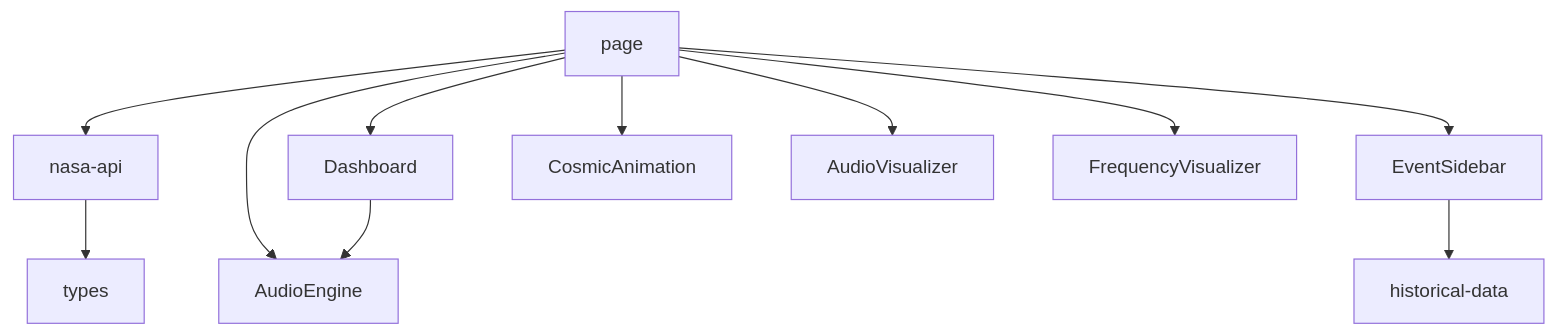
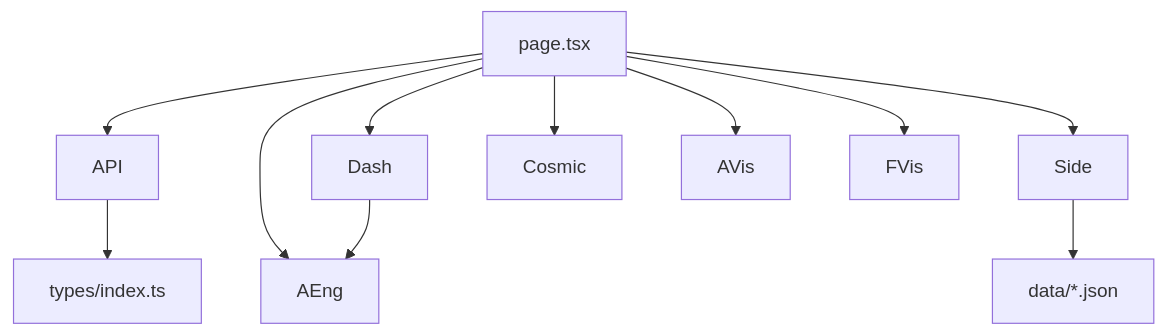
Before and after one commit to CTRLD3FEAT/Heliophon: the third of 3 diagrams in README.md, drawn with Mermaid. The commit also changed other lines of this file, not shown here.

First line of the commit message:
docs: simplify Mermaid diagrams to fit single window

````diff
--- a/README.md
+++ b/README.md
@@ -171,13 +160,7 @@
 ```mermaid
 flowchart TB
-    Page[page] --> API[nasa-api]
-    Page --> Dash[Dashboard]
-    Page --> Side[EventSidebar]
-    Page --> Cosmic[CosmicAnimation]
-    Page --> AVis[AudioVisualizer]
-    Page --> FVis[FrequencyVisualizer]
-    Page --> AEng[AudioEngine]
+    Page[page.tsx] --> API & Dash & Side & Cosmic & AVis & FVis & AEng
     Dash --> AEng
-    API --> Types[types]
-    Side --> Hist[historical-data]
+    API --> Types[types/index.ts]
+    Side --> Hist[data/*.json]
 ```
````
